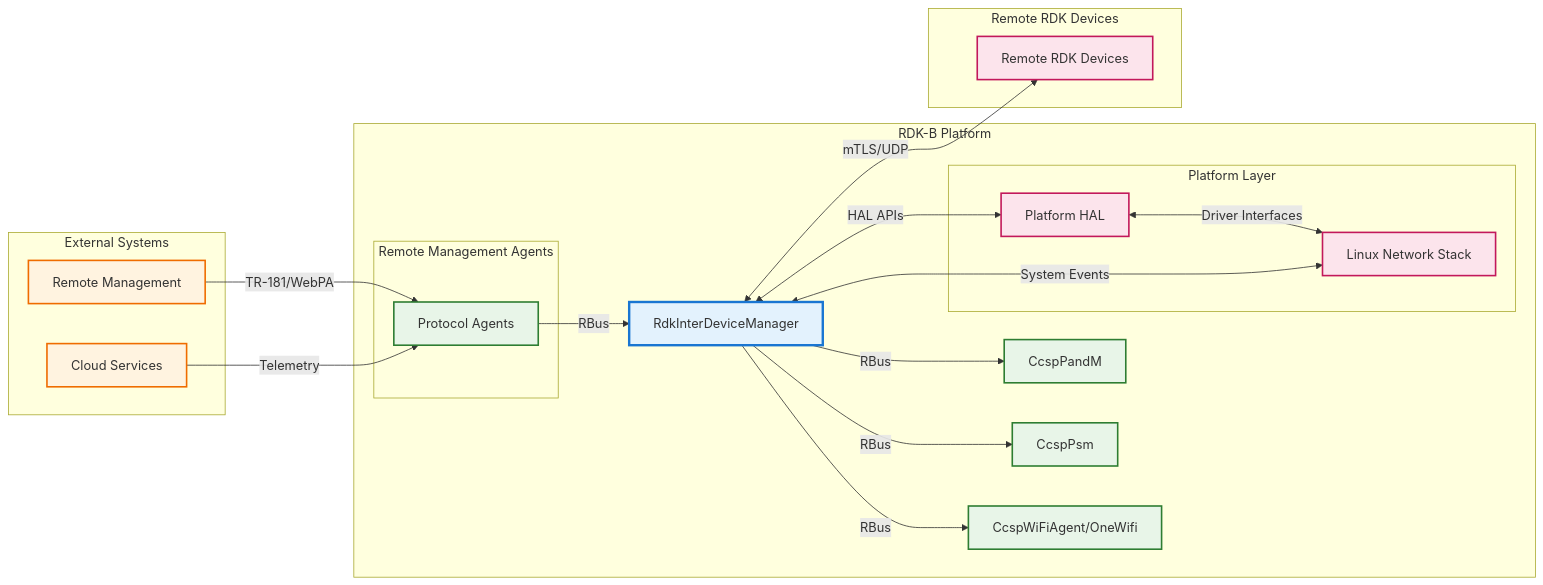
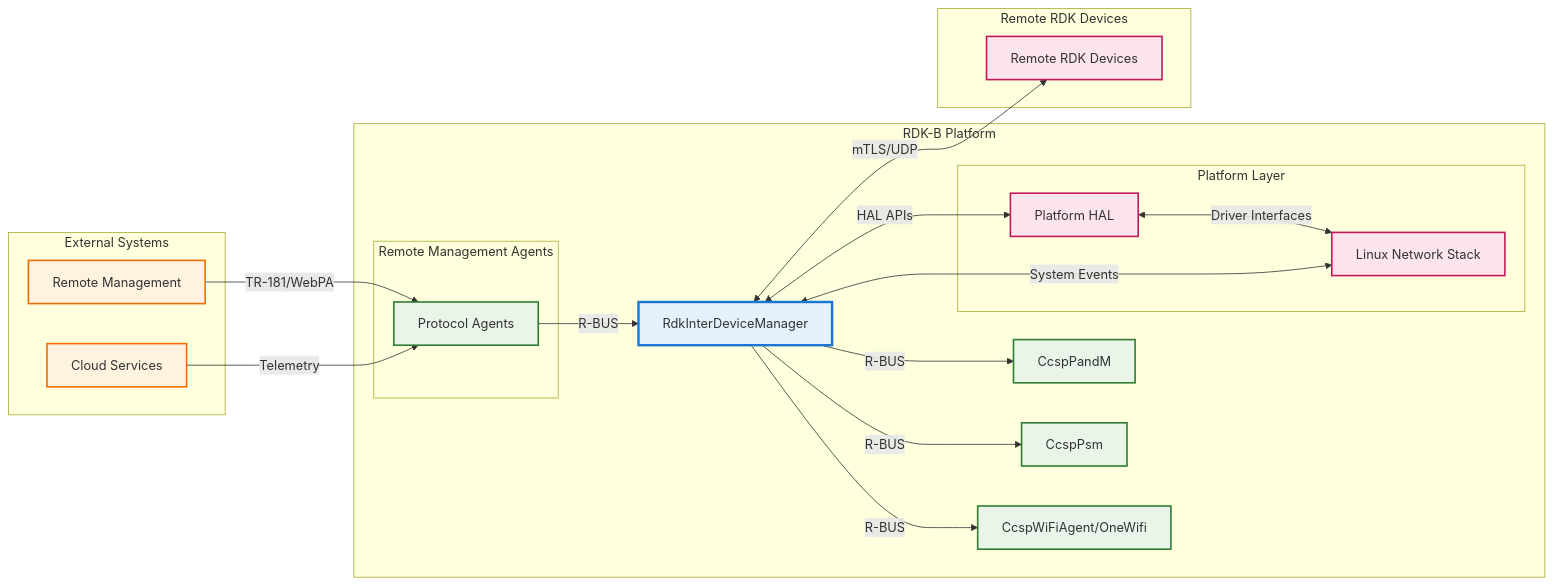
One commit to rdkcentral/RdkInterDeviceManager changed the first of 9 diagrams in docs/README.md. Above: the diagram before and after it, drawn with Mermaid. The commit also changed other lines of this file, not shown here.

````diff
--- a/docs/README.md
+++ b/docs/README.md
@@ -7,53 +7,53 @@
 ```mermaid
 graph LR
     subgraph "External Systems"
         RemoteMgmt["Remote Management"]
         CloudSvc["Cloud Services"]
     end
 
     subgraph "RDK-B Platform"
         subgraph "Remote Management Agents"
             ProtocolAgents["Protocol Agents"]
         end
 
         PANDM["CcspPandM"]
         PSM["CcspPsm"]
         IDM["RdkInterDeviceManager"]
         ONEWIFI["CcspWiFiAgent/OneWifi"]
 
         subgraph "Platform Layer"
             HAL["Platform HAL"]
             LINUX["Linux Network Stack"]
         end
     end
 
     subgraph "Remote RDK Devices"
         REMOTEDEV["Remote RDK Devices"]
     end
 
     RemoteMgmt -->|TR-181/WebPA| ProtocolAgents
     CloudSvc -->|Telemetry| ProtocolAgents
 
-    ProtocolAgents -->|RBus| IDM
+    ProtocolAgents -->|R-BUS| IDM
 
-    IDM -->|RBus| PANDM
-    IDM -->|RBus| PSM
-    IDM -->|RBus| ONEWIFI
+    IDM -->|R-BUS| PANDM
+    IDM -->|R-BUS| PSM
+    IDM -->|R-BUS| ONEWIFI
 
     IDM <-->|HAL APIs| HAL
 
     HAL <-->|Driver Interfaces| LINUX
     IDM <-->|System Events| LINUX
 
     IDM <-->|mTLS/UDP| REMOTEDEV
 
     classDef external fill:#fff3e0,stroke:#ef6c00,stroke-width:2px
     classDef idm fill:#e3f2fd,stroke:#1976d2,stroke-width:3px
     classDef rdkbComponent fill:#e8f5e8,stroke:#2e7d32,stroke-width:2px
     classDef system fill:#fce4ec,stroke:#c2185b,stroke-width:2px
 
     class RemoteMgmt,CloudSvc external
     class IDM idm
     class ProtocolAgents,PANDM,PSM,ONEWIFI rdkbComponent
     class HAL,LINUX,REMOTEDEV system
 ```
````
